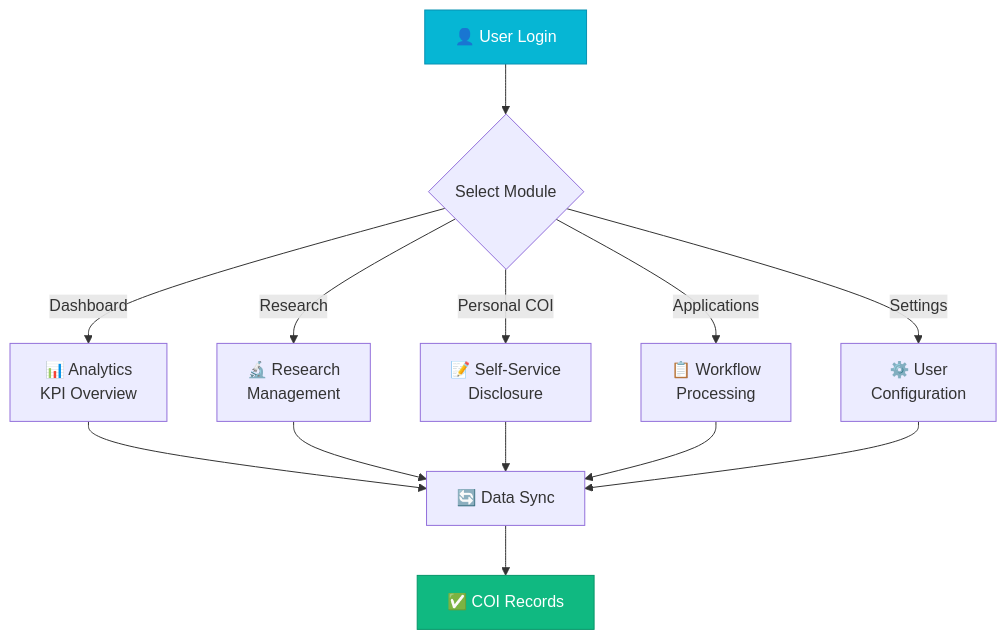
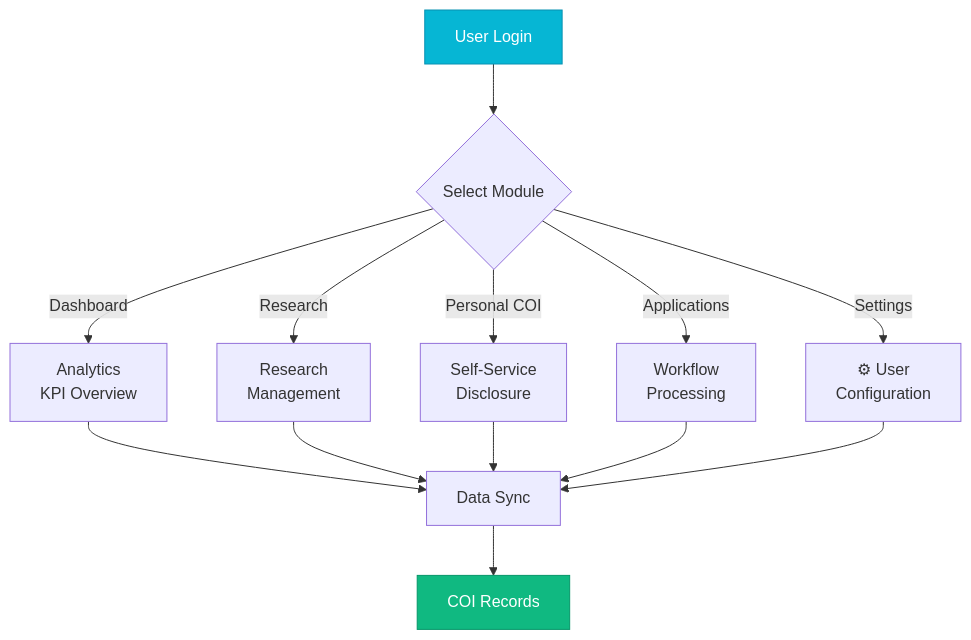
The diagram in README.md (hakupao/coi-web-demo), drawn with Mermaid before and after one commit. The commit also changed other lines of this file and 1 other file, not shown here.

````diff
--- a/README.md
+++ b/README.md
@@ -82,17 +55,17 @@
 ```mermaid
 graph TB
-    A["👤 User Login"] --> B{"Select Module"}
-    B -->|Dashboard| C["📊 Analytics<br/>KPI Overview"]
-    B -->|Research| D["🔬 Research<br/>Management"]
-    B -->|Personal COI| E["📝 Self-Service<br/>Disclosure"]
-    B -->|Applications| F["📋 Workflow<br/>Processing"]
-    B -->|Settings| G["⚙️ User<br/>Configuration"]
-    C --> H["🔄 Data Sync"]
-    D --> H
-    E --> H
-    F --> H
-    G --> H
-    H --> I["✅ COI Records"]
-    style A fill:#06b6d4,stroke:#0891b2,color:#fff
-    style I fill:#10b981,stroke:#059669,color:#fff
+ A[" User Login"] --> B{"Select Module"}
+ B -->|Dashboard| C[" Analytics<br/>KPI Overview"]
+ B -->|Research| D[" Research<br/>Management"]
+ B -->|Personal COI| E[" Self-Service<br/>Disclosure"]
+ B -->|Applications| F[" Workflow<br/>Processing"]
+ B -->|Settings| G["⚙ User<br/>Configuration"]
+ C --> H[" Data Sync"]
+ D --> H
+ E --> H
+ F --> H
+ G --> H
+ H --> I[" COI Records"]
+ style A fill:#06b6d4,stroke:#0891b2,color:#fff
+ style I fill:#10b981,stroke:#059669,color:#fff
 ```
````
